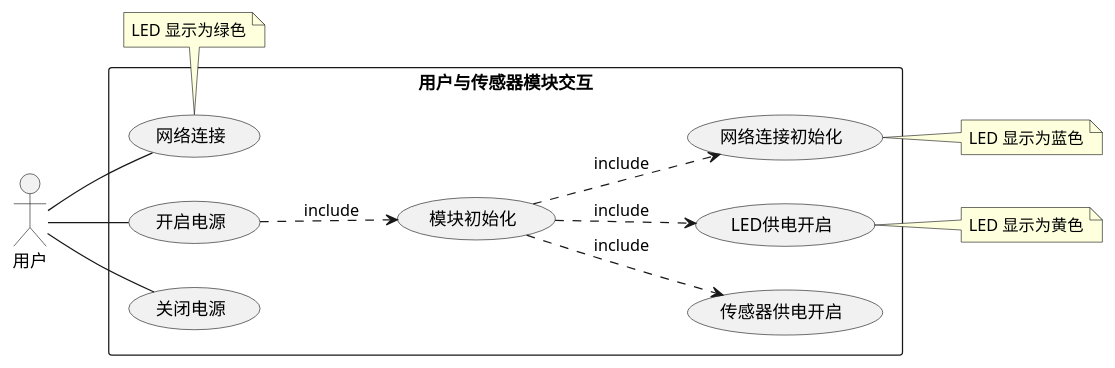
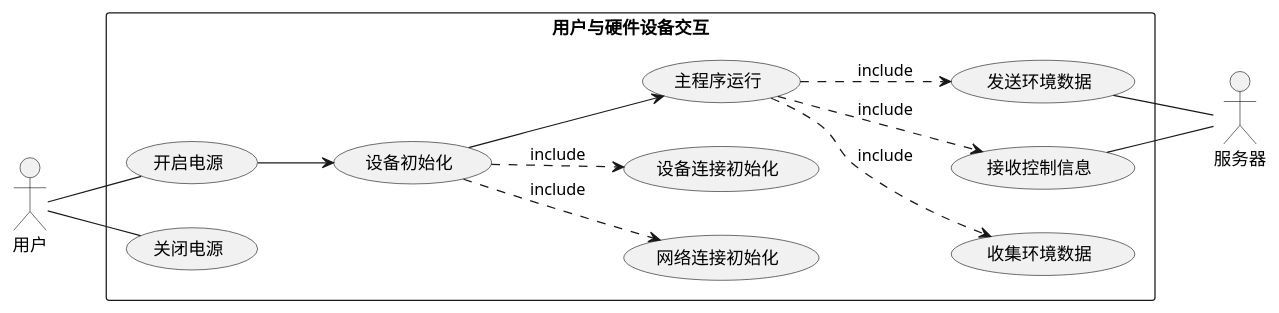
The diagram in Design/RequirementAnalysis/UsecaseDiagram_1.wsd (wzyskylake/Star-Fire), drawn with PlantUML before and after one commit. The commit also changed 45 other files, not shown here.

```diff
--- a/Design/RequirementAnalysis/UsecaseDiagram_1.wsd
+++ b/Design/RequirementAnalysis/UsecaseDiagram_1.wsd
@@ -1,20 +1,21 @@
-@startuml 用户与传感器模块交互
+@startuml 用户与硬件设备交互
 left to right direction
 skinparam packageStyle rectangle
 actor 用户 as user
-rectangle 用户与传感器模块交互{
+actor 服务器 as server
+rectangle 用户与硬件设备交互{
     user -- (开启电源)
-    user -- (网络连接)
     user -- (关闭电源)
-    (开启电源) .-> (模块初始化):include
-    (模块初始化) .-> (传感器供电开启):include
-    (模块初始化) .-> (网络连接初始化):include
-    (模块初始化) .-> (LED供电开启):include
-    
+    (开启电源) --> (设备初始化)
+    (设备初始化) ..> (网络连接初始化):include
+    (设备初始化) ..> (设备连接初始化):include
+    (设备初始化) --> (主程序运行)
+    (主程序运行) ..> (收集环境数据):include
+    (主程序运行) ..> (发送环境数据):include
+    (主程序运行) ..> (接收控制信息):include
+    (发送环境数据) -down- server
+    (接收控制信息) -- server
 }
-note right of (LED供电开启):LED 显示为黄色
-note right of (网络连接初始化):LED 显示为蓝色
-note "LED 显示为绿色" as N1
-(网络连接) . N1
+
 
 @enduml
```
